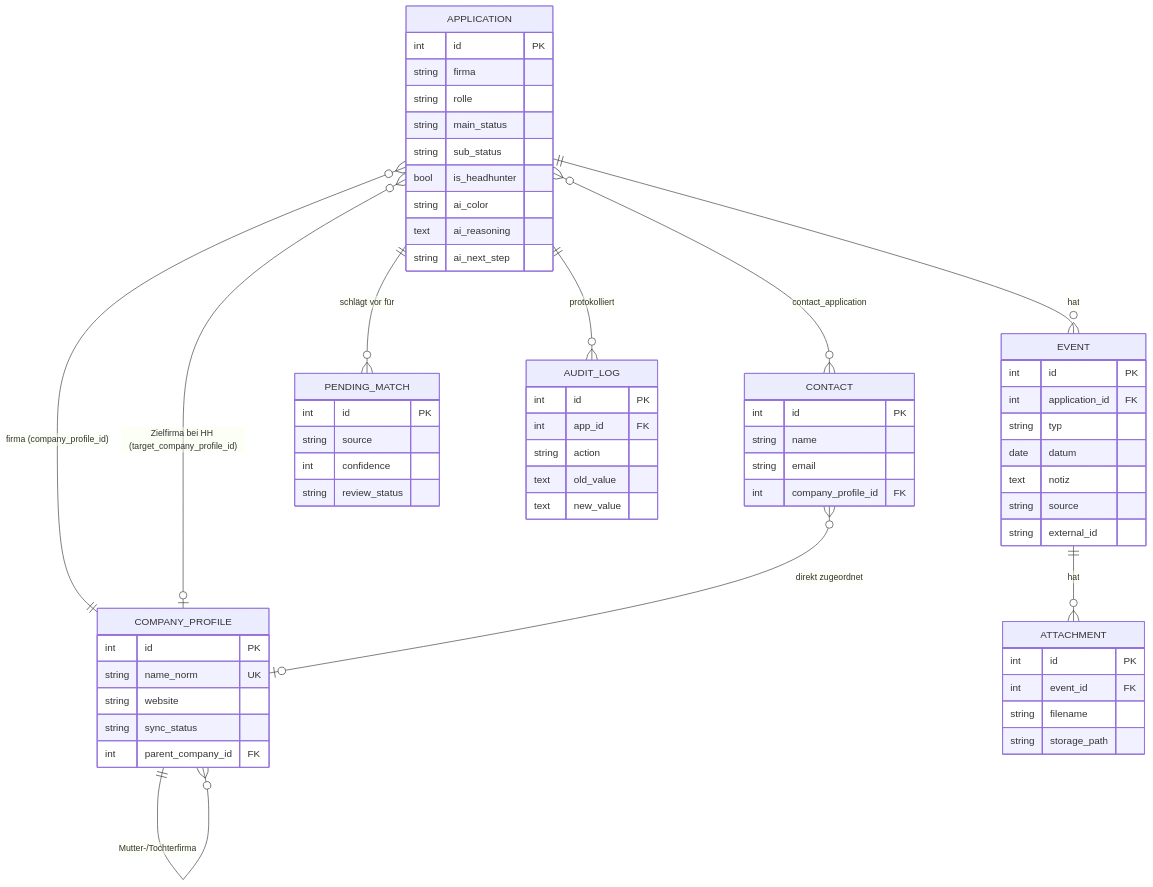
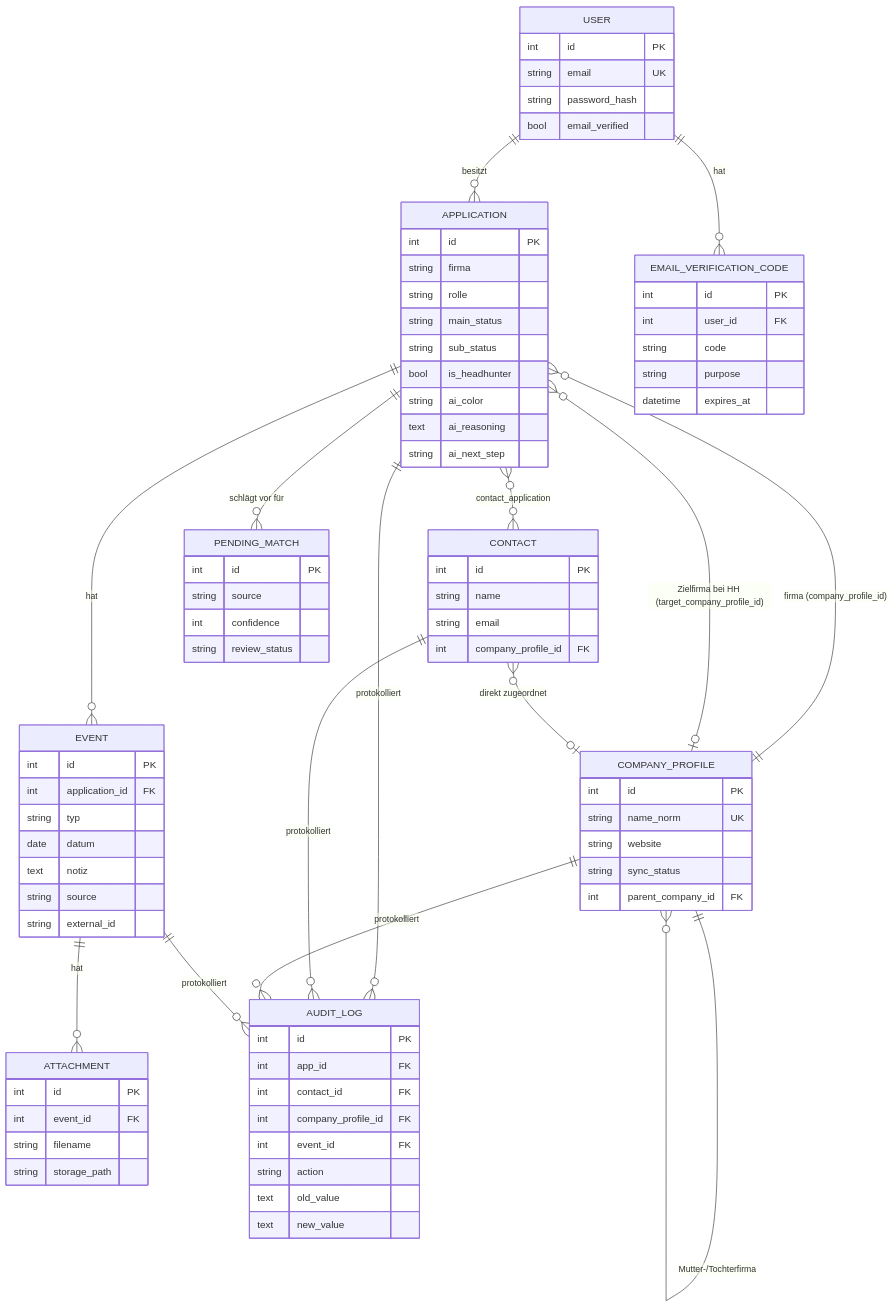
The seventh of 9 diagrams in docs/ARCHITECTURE.md (EGulinsky/rapport), drawn with Mermaid before and after one commit. The commit also changed other lines of this file and 10 other files, not shown here.

````diff
--- a/docs/ARCHITECTURE.md
+++ b/docs/ARCHITECTURE.md
@@ -484,5 +509,7 @@
 ```mermaid
 erDiagram
+    USER ||--o{ APPLICATION : besitzt
+    USER ||--o{ EMAIL_VERIFICATION_CODE : hat
     APPLICATION ||--o{ EVENT : hat
     APPLICATION }o--o{ CONTACT : "contact_application"
     APPLICATION ||--o{ PENDING_MATCH : "schlägt vor für"
@@ -492,7 +519,23 @@
     CONTACT }o--o| COMPANY_PROFILE : "direkt zugeordnet"
     COMPANY_PROFILE ||--o{ COMPANY_PROFILE : "Mutter-/Tochterfirma"
     APPLICATION ||--o{ AUDIT_LOG : protokolliert
+    CONTACT ||--o{ AUDIT_LOG : protokolliert
+    COMPANY_PROFILE ||--o{ AUDIT_LOG : protokolliert
+    EVENT ||--o{ AUDIT_LOG : protokolliert
 
+    USER {
+        int id PK
+        string email UK
+        string password_hash
+        bool email_verified
+    }
+    EMAIL_VERIFICATION_CODE {
+        int id PK
+        int user_id FK
+        string code
+        string purpose
+        datetime expires_at
+    }
     APPLICATION {
         int id PK
         string firma
@@ -541,6 +584,9 @@
     AUDIT_LOG {
         int id PK
         int app_id FK
+        int contact_id FK
+        int company_profile_id FK
+        int event_id FK
         string action
         text old_value
         text new_value
````
